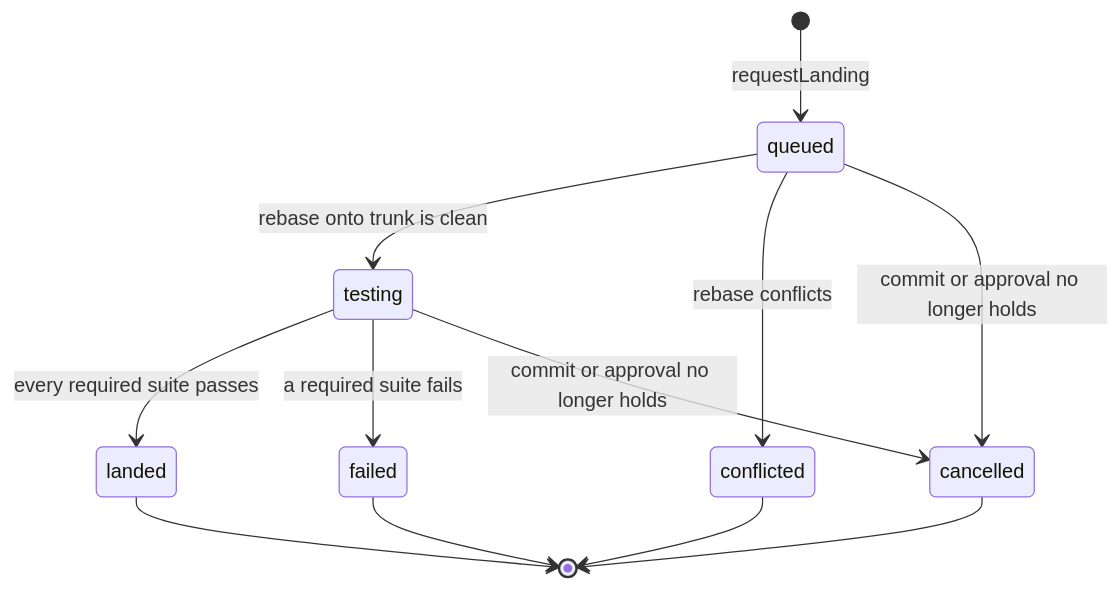
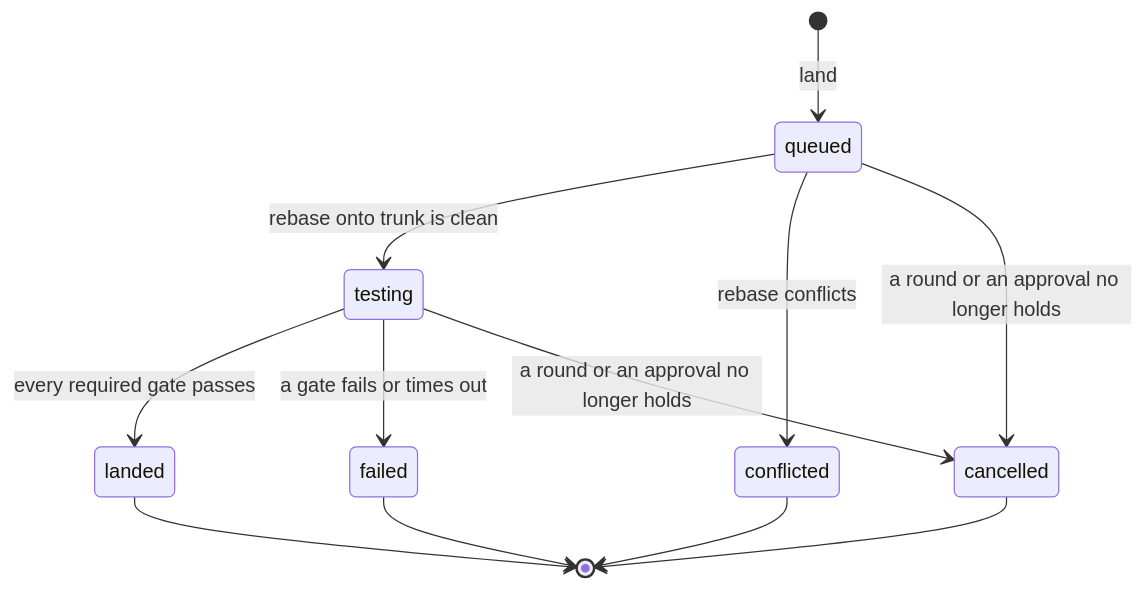
The second of 3 diagrams in shared/docs/specs/143-review-model.md (nca-apprentices/jjforge), drawn with Mermaid before and after one commit. The commit also changed other lines of this file and 51 other files, not shown here.

````diff
--- a/shared/docs/specs/143-review-model.md
+++ b/shared/docs/specs/143-review-model.md
@@ -223,14 +246,14 @@
 ```mermaid
 stateDiagram-v2
-    [*] --> queued: requestLanding
+    [*] --> queued: land
     queued --> testing: rebase onto trunk is clean
     queued --> conflicted: rebase conflicts
-    queued --> cancelled: commit or approval no longer holds
-    testing --> landed: every required suite passes
-    testing --> failed: a required suite fails
-    testing --> cancelled: commit or approval no longer holds
+    queued --> cancelled: a round or an approval no longer holds
+    testing --> landed: every required gate passes
+    testing --> failed: a gate fails or times out
+    testing --> cancelled: a round or an approval no longer holds
     landed --> [*]
     conflicted --> [*]
     failed --> [*]
     cancelled --> [*]
 ```
````
